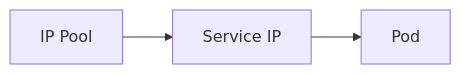
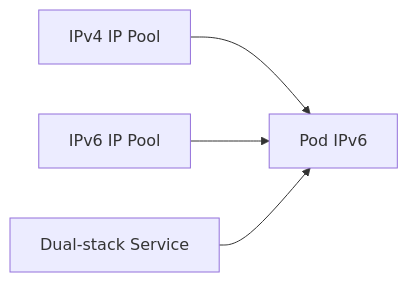
Before and after one commit to OneUptime/blog: the diagram in posts/2026-03-13-validate-dual-stack-ipv6-calico/README.md, drawn with Mermaid. The commit also changed other lines of this file and 2 other files, not shown here.

Commit message:
validate: 2026-03-13-validate-dual-stack-ipv6-calico

````diff
--- a/posts/2026-03-13-validate-dual-stack-ipv6-calico/README.md
+++ b/posts/2026-03-13-validate-dual-stack-ipv6-calico/README.md
@@ -49,5 +60,6 @@
 ```mermaid
 graph LR
-    POOL[IP Pool] --> SERVICE[Service IP]
-    SERVICE --> POD[Pod]
+    V4POOL[IPv4 IP Pool] --> POD[Pod IPv4]
+    V6POOL[IPv6 IP Pool] --> POD[Pod IPv6]
+    SERVICE[Dual-stack Service] --> POD
 ```
````
